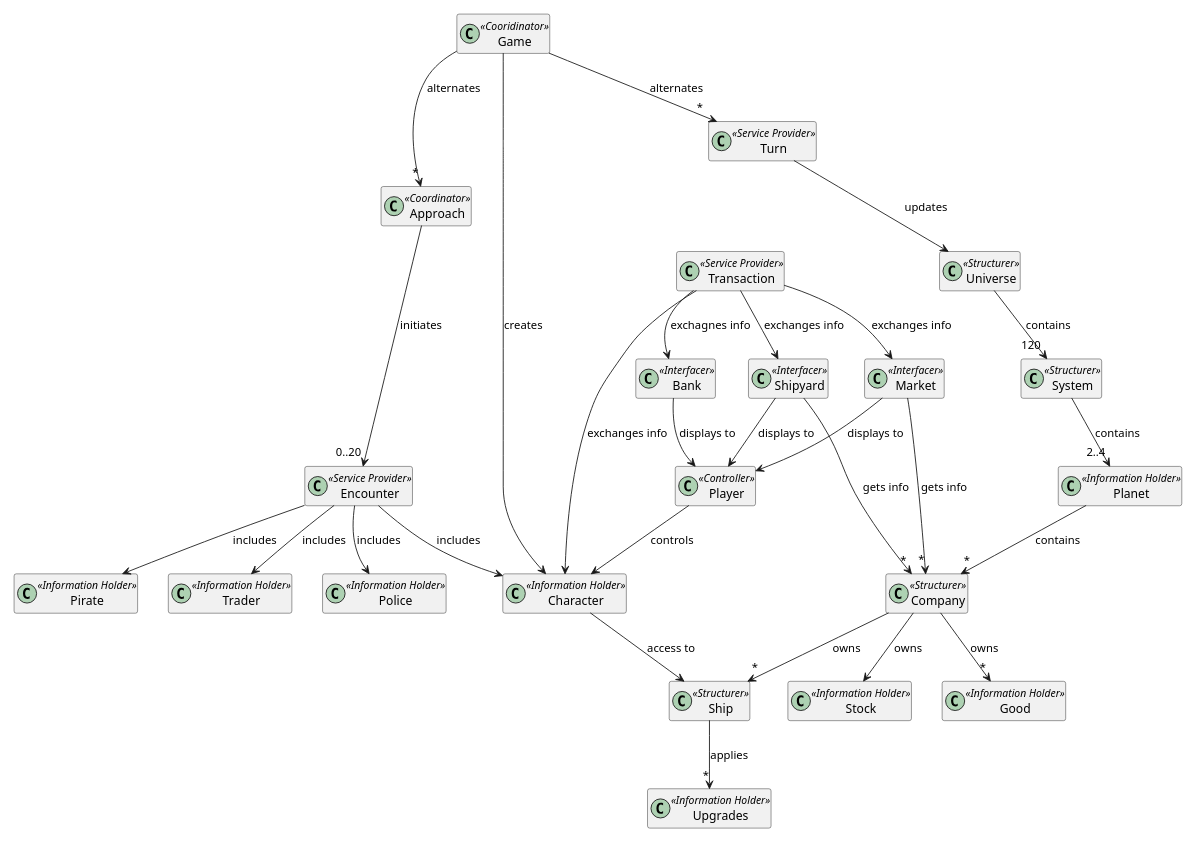
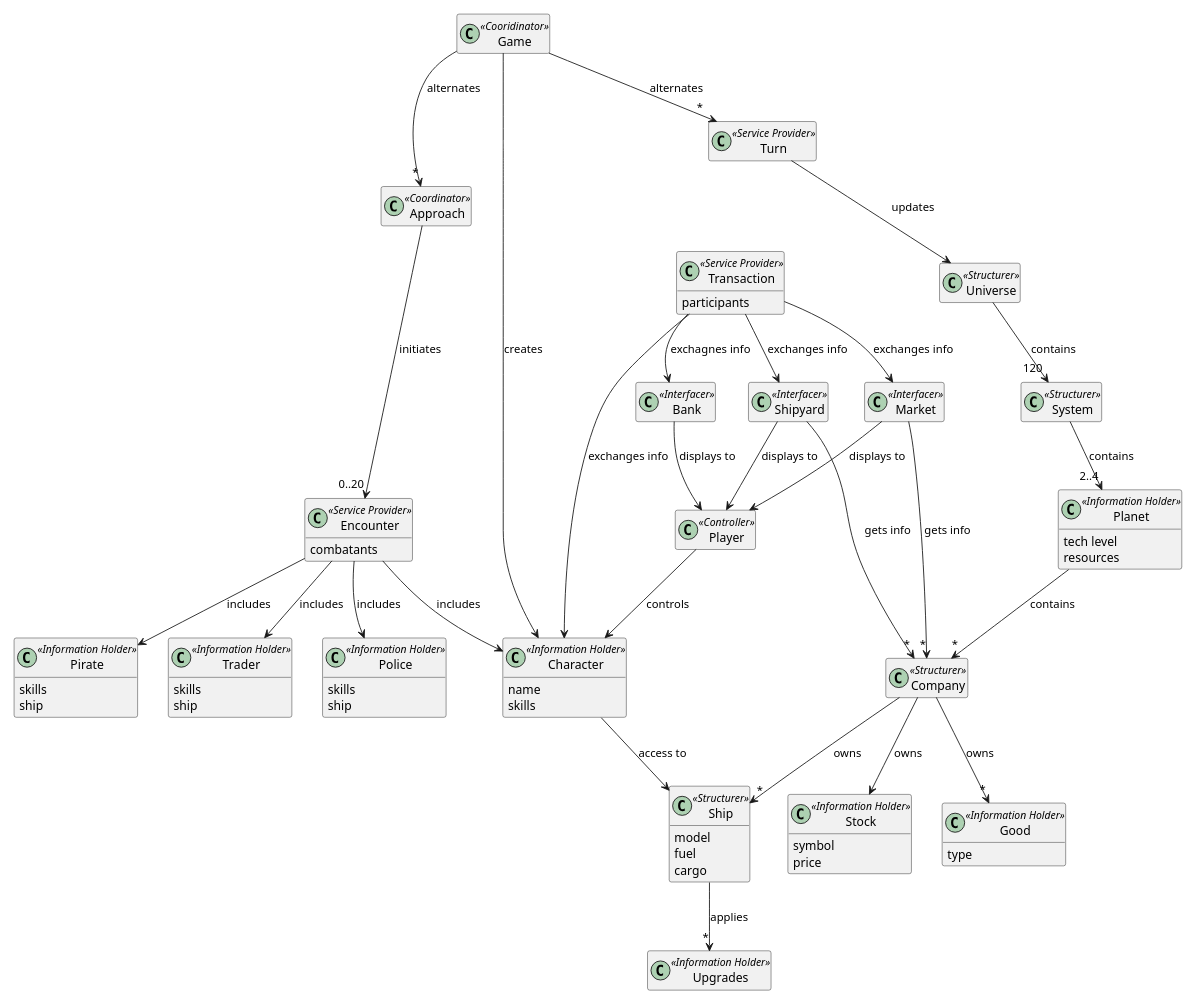
One commit to gem-5/last-adventures changed the diagram in design/Domain Model.puml. Above: the diagram before and after it, drawn with PlantUML. The commit also changed 2 other files, not shown here.

Commit message:
added attributes to the content model

```diff
--- a/design/Domain Model.puml
+++ b/design/Domain Model.puml
@@ -1,53 +1,81 @@
 @startuml
 hide empty member
 scale 900 width
 class Game <<Cooridinator>>
 class Turn <<Service Provider>>
 class Player <<Controller>>
-class Character <<Information Holder>>
+class Character <<Information Holder>> {
+name
+skills
+}
 class Universe <<Structurer>>
 class System <<Structurer>>
-class Planet <<Information Holder>>
-class Ship <<Structurer>>
+class Planet <<Information Holder>> {
+tech level
+resources
+}
+class Ship <<Structurer>> {
+model
+fuel
+cargo
+}
 class Upgrades <<Information Holder>>
 class Company <<Structurer>>
-class Stock <<Information Holder>>
-class Good <<Information Holder>>
-class Transaction <<Service Provider>>
-class Police <<Information Holder>>
-class Pirate <<Information Holder>>
-class Trader <<Information Holder>>
+class Stock <<Information Holder>> {
+symbol
+price
+}
+class Good <<Information Holder>> {
+type
+}
+class Transaction <<Service Provider>> {
+participants
+}
+class Police <<Information Holder>> {
+skills
+ship
+}
+class Pirate <<Information Holder>> {
+skills
+ship
+}
+class Trader <<Information Holder>> {
+skills
+ship
+}
 class Approach <<Coordinator>>
-class Encounter <<Service Provider>>
+class Encounter <<Service Provider>> {
+combatants
+}
 class Bank <<Interfacer>>
 class Market <<Interfacer>>
 class Shipyard <<Interfacer>>
 
 Game --> Character : creates
 Game --> "*" Turn : alternates
 Game --> "*" Approach : alternates
 Player --> Character : controls
 Character --> Ship : access to
 Turn --> Universe : updates
 Universe --> "120" System : contains
 System --> "2..4" Planet : contains
 Planet --> "*" Company : contains
 Company --> Stock : owns
 Company --> "*" Good : owns
 Company --> "*" Ship : owns
 Transaction --> Character : exchanges info
 Transaction --> Market : exchanges info
 Transaction --> Shipyard : exchanges info
 Transaction --> Bank :exchagnes info
 Ship --> "*" Upgrades : applies
 Approach --> "0..20" Encounter : initiates
 Encounter --> Character : includes
 Encounter --> Police : includes
 Encounter --> Pirate : includes
 Encounter --> Trader : includes
 Bank --> Player : displays to
 Market --> Player : displays to
 Shipyard --> Player : displays to
 Market --> "*" Company : gets info
 Shipyard --> "*" Company : gets info
 @enduml
```
